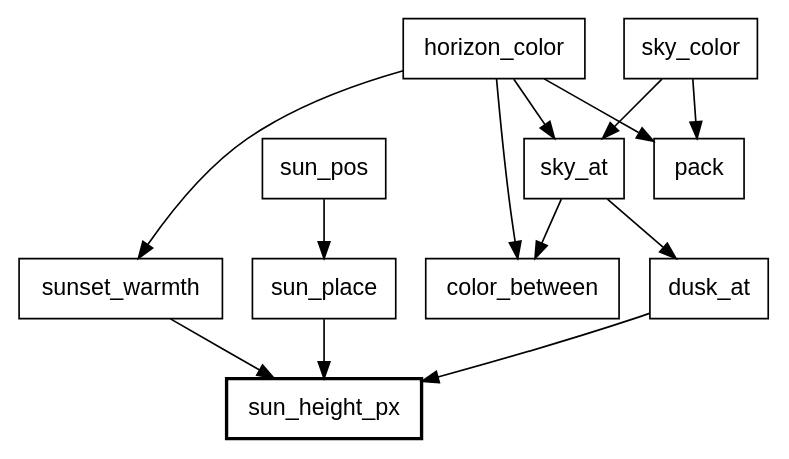
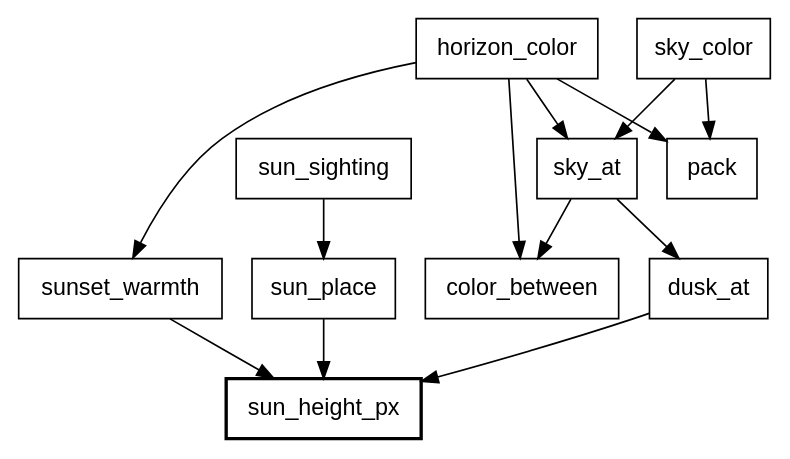
The fifth of 19 diagrams in canvas_apps/safari/tutorial/tutorial.md (showell/roc-apps), drawn with Graphviz before and after one commit. The commit also changed other lines of this file and 10 other files, not shown here.

First line of the commit message:
safari: Sky.SunPos and sun_pos become SunSighting and sun_sighting

````diff
--- a/canvas_apps/safari/tutorial/tutorial.md
+++ b/canvas_apps/safari/tutorial/tutorial.md
@@ -267,18 +267,18 @@
 ```dot
 digraph sky_calls {
   node [shape=box, fontname="Helvetica"];
   sky_color -> sky_at;
   sky_color -> pack;
   horizon_color -> sky_at;
   horizon_color -> color_between;
   horizon_color -> sunset_warmth;
   horizon_color -> pack;
   sky_at -> dusk_at;
   sky_at -> color_between;
   dusk_at -> sun_height_px;
   sunset_warmth -> sun_height_px;
-  sun_pos -> sun_place;
+  sun_sighting -> sun_place;
   sun_place -> sun_height_px;
   sun_height_px [style=bold];
 }
 ```
````
